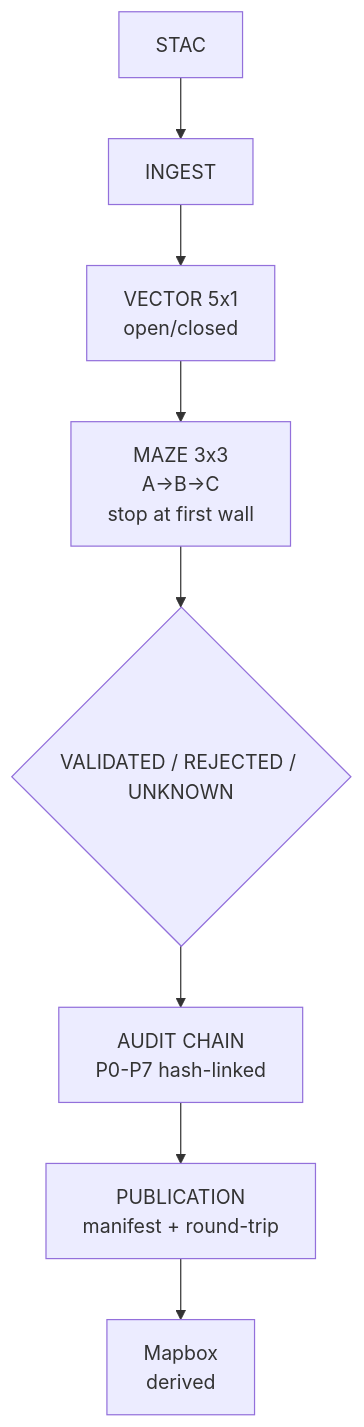
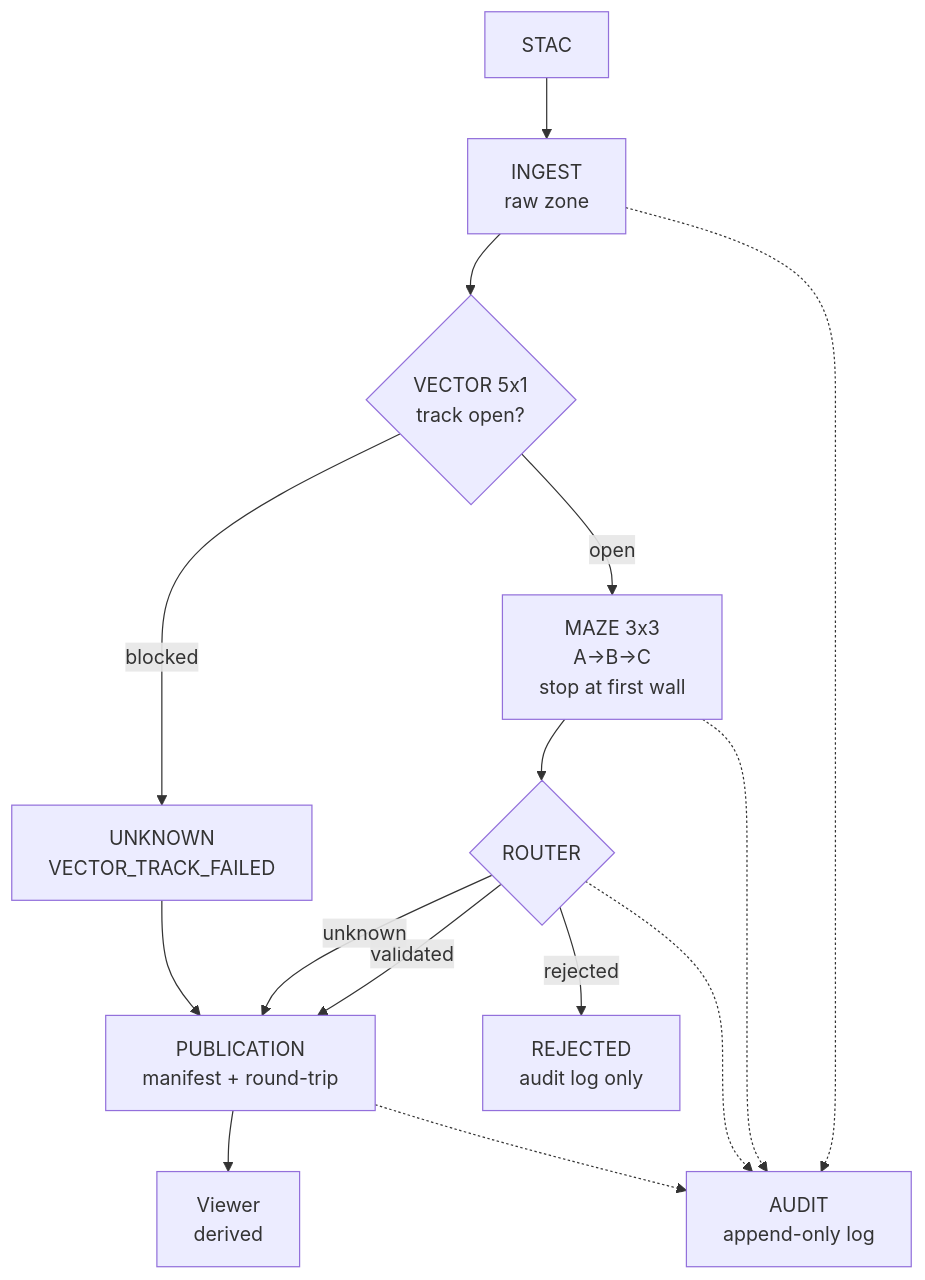
One commit to racosta-data/lots-twin changed the eighth of 8 diagrams in docs/maze-flow.md. Above: the diagram before and after it, drawn with Mermaid. The commit also changed other lines of this file, not shown here.

Commit message:
docs: align diagrams with approved decisions, add pending D1 D2 D6 (#2)

````diff
--- a/docs/maze-flow.md
+++ b/docs/maze-flow.md
@@ -139,10 +153,17 @@
 ```mermaid
 flowchart TD
-  S[STAC] --> ING[INGEST]
-  ING --> VEC[VECTOR 5x1<br/>open/closed]
-  VEC --> MAZE[MAZE 3x3<br/>A->B->C<br/>stop at first wall]
-  MAZE --> Z{VALIDATED / REJECTED / UNKNOWN}
-  Z --> AUD[AUDIT CHAIN<br/>P0-P7 hash-linked]
-  AUD --> PUB[PUBLICATION<br/>manifest + round-trip]
-  PUB --> MAP[Mapbox<br/>derived]
+  S[STAC] --> ING[INGEST<br/>raw zone]
+  ING --> VEC{VECTOR 5x1<br/>track open?}
+  VEC -- open --> MAZE[MAZE 3x3<br/>A->B->C<br/>stop at first wall]
+  VEC -- blocked --> UNKN[UNKNOWN<br/>VECTOR_TRACK_FAILED]
+  MAZE --> Z{ROUTER}
+  Z -- validated --> PUB[PUBLICATION<br/>manifest + round-trip]
+  Z -- unknown --> PUB
+  UNKN --> PUB
+  Z -- rejected --> REJ[REJECTED<br/>audit log only]
+  PUB --> MAP[Viewer<br/>derived]
+  ING -.-> AUD[AUDIT<br/>append-only log]
+  MAZE -.-> AUD
+  Z -.-> AUD
+  PUB -.-> AUD
 ```
````
